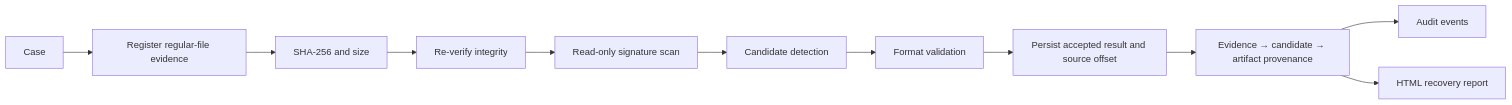
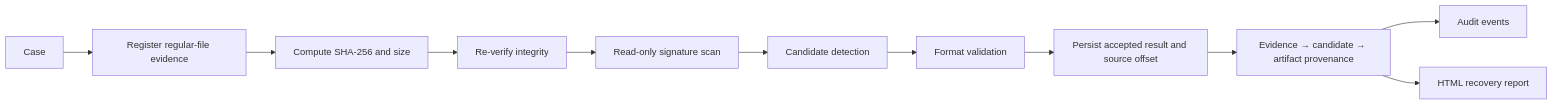
Before and after one commit to cyphric01-jpg/KRYVORA: the first of 2 diagrams in docs/03_PROPOSED_SOLUTION.md, drawn with Mermaid. The commit also changed other lines of this file and 18 other files, not shown here.

````diff
--- a/docs/03_PROPOSED_SOLUTION.md
+++ b/docs/03_PROPOSED_SOLUTION.md
@@ -9,13 +9,13 @@
 ```mermaid
 flowchart LR
     C[Case] --> E[Register regular-file evidence]
-    E --> H[SHA-256 and size]
+    E --> H[Compute SHA-256 and size]
     H --> V[Re-verify integrity]
     V --> A[Read-only signature scan]
     A --> D[Candidate detection]
     D --> R[Format validation]
     R --> P[Persist accepted result and source offset]
     P --> G[Evidence → candidate → artifact provenance]
     G --> U[Audit events]
     G --> O[HTML recovery report]
 ```
````
